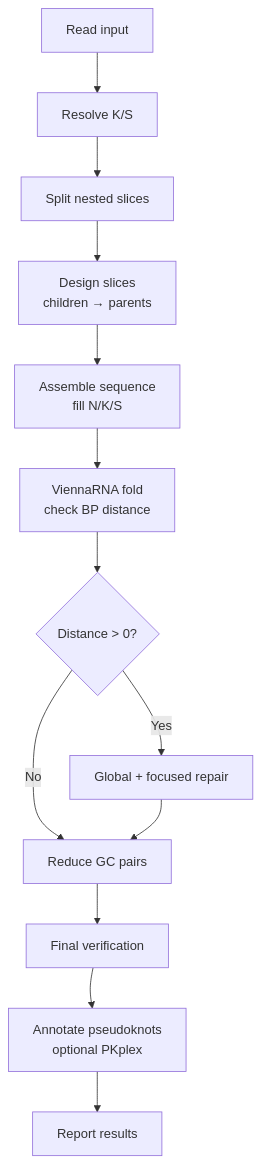
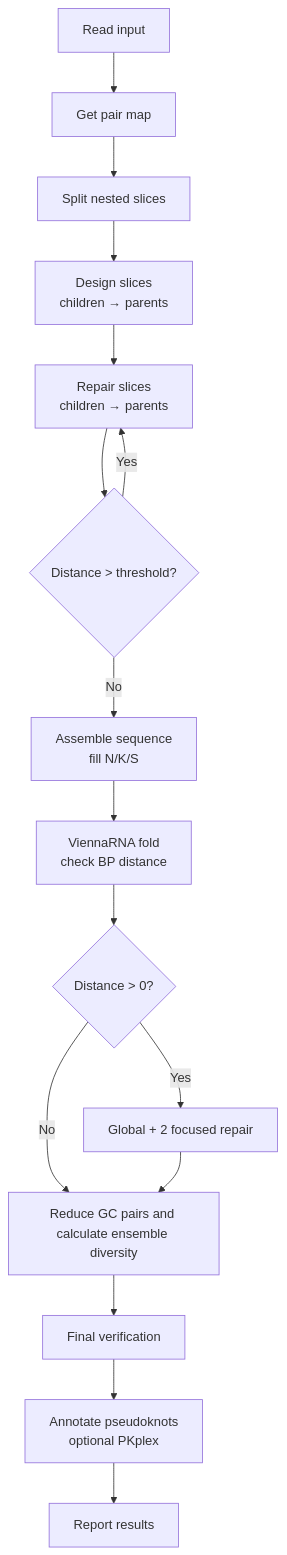
The first of 3 diagrams in README.md (HenrikMengkrogen/Ribologic_iGEM_BACKUP), drawn with Mermaid before and after one commit. The commit also changed other lines of this file, not shown here.

````diff
--- a/README.md
+++ b/README.md
@@ -51,19 +51,22 @@
 ```mermaid
 
 flowchart TD
-    A[Read input] --> B[Resolve K/S]
+    A[Read input] --> B[Get pair map]
     B --> C[Split nested slices]
     C --> D[Design slices<br/>children → parents]
-    D --> E[Assemble sequence<br/>fill N/K/S]
-    E --> F[ViennaRNA fold<br/>check BP distance]
-    F --> G{Distance > 0?}
-    G -->|Yes| H[Global + focused repair]
-    G -->|No| I[Reduce GC pairs]
-    H --> I
-    I --> J[Final verification]
+    D --> E[Repair slices<br/>children → parents]
+    E --> F{Distance > threshold?}
+    F --> |Yes| E
+    F --> |No| G[Assemble sequence<br/>fill N/K/S]
+    G --> H[ViennaRNA fold<br/>check BP distance]
+    H --> I{Distance > 0?}
+    I -->|Yes| J[Global + 2 focused repair]
+    I -->|No| K[Reduce GC pairs and calculate ensemble diversity]
+    J --> K
+    K --> L[Final verification]
 
-    J --> K[Annotate pseudoknots<br/>optional PKplex]
-    K --> L[Report results]
+    L --> M[Annotate pseudoknots<br/>optional PKplex]
+    M --> N[Report results]
 
-    J ~~~ K
+    
 ```
````
